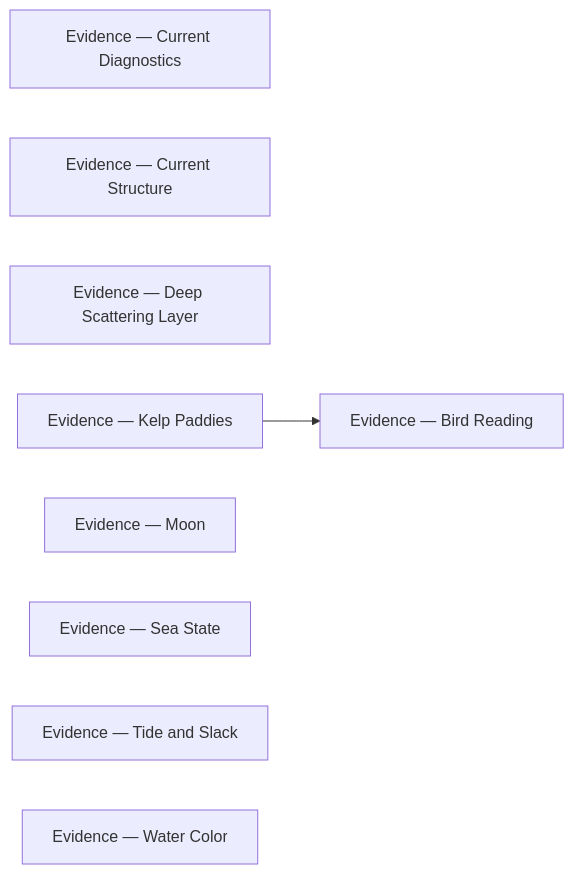
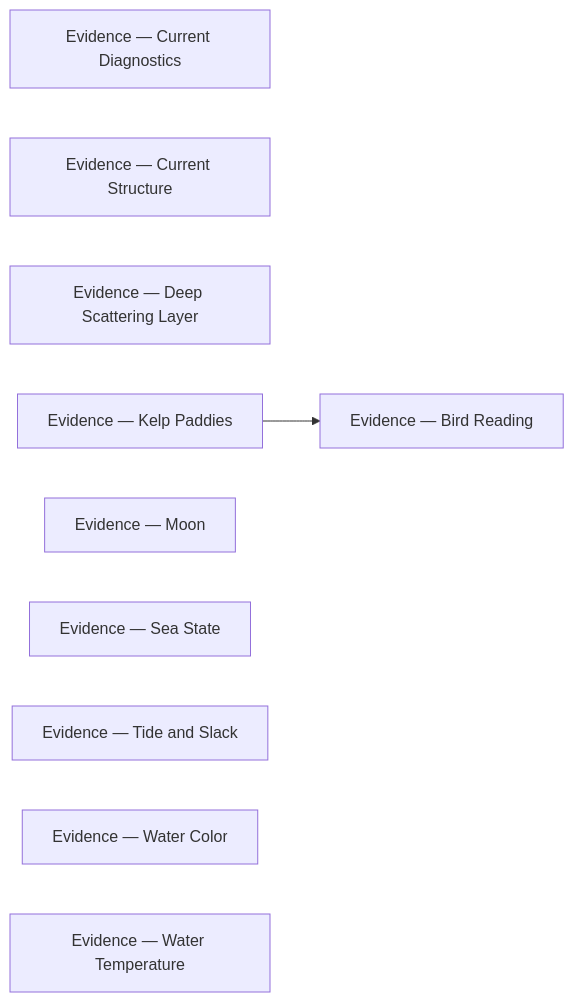
The diagram in conditions/evidence/README.md (camchuckpete-max/Socal-Fishing-Knowledge), drawn with Mermaid before and after one commit. The commit also changed other lines of this file and 5 other files, not shown here.

Commit message:
review: conditions/water-temperature.md — transform

````diff
--- a/conditions/evidence/README.md
+++ b/conditions/evidence/README.md
@@ -22,13 +23,14 @@
 ```mermaid
 graph LR
   n0["Evidence — Bird Reading"]
   n1["Evidence — Current Diagnostics"]
   n2["Evidence — Current Structure"]
   n3["Evidence — Deep Scattering Layer"]
   n4["Evidence — Kelp Paddies"]
   n5["Evidence — Moon"]
   n6["Evidence — Sea State"]
   n7["Evidence — Tide and Slack"]
   n8["Evidence — Water Color"]
+  n9["Evidence — Water Temperature"]
   n4 --> n0
 ```
````
